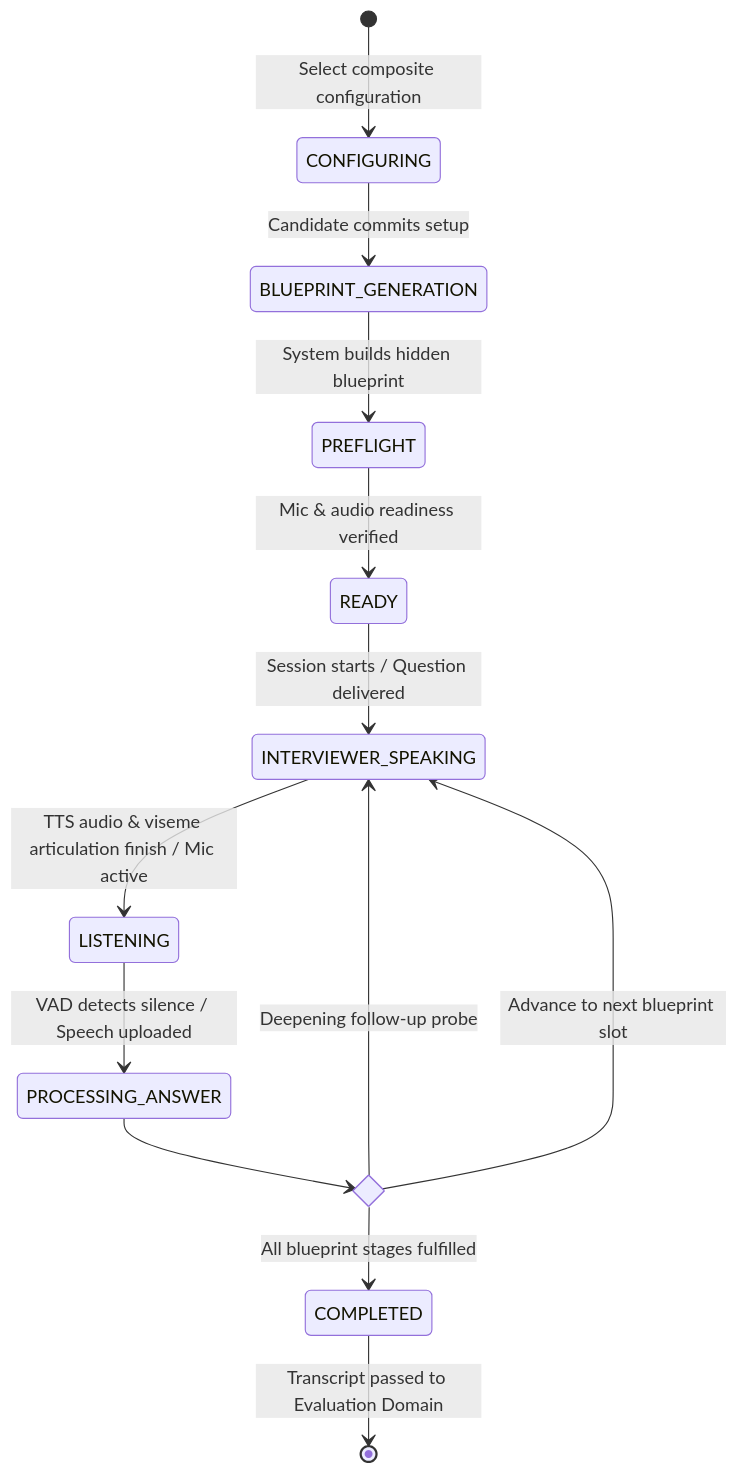
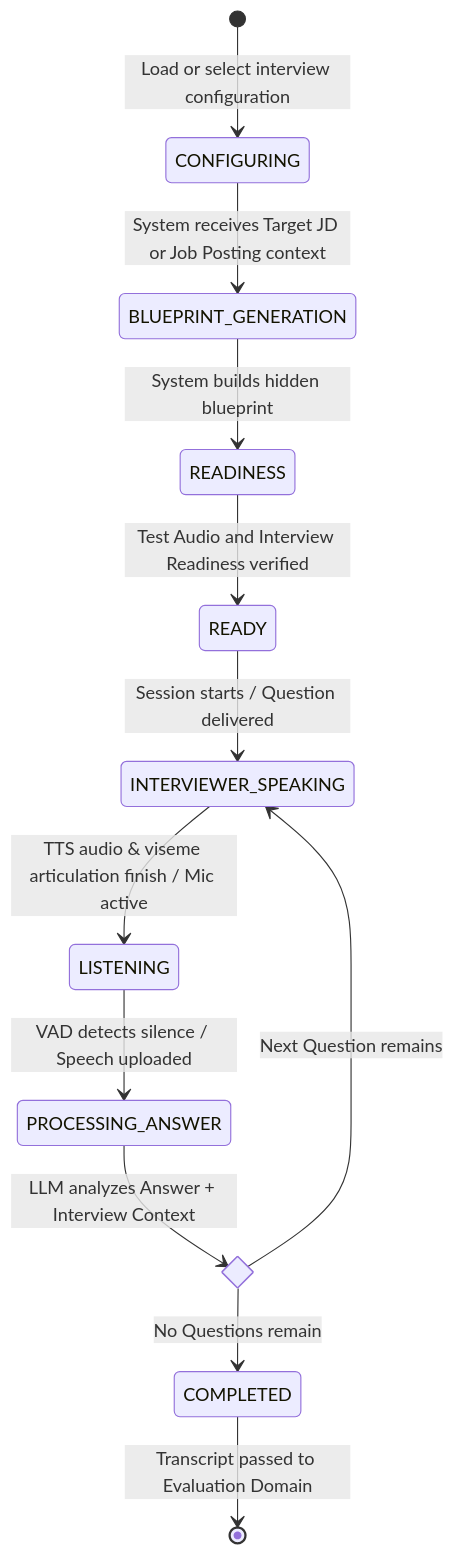
One commit to swp391-group3/ai-interview-practice-brain changed the diagram in 01_Domains/Interview/README.md. Above: the diagram before and after it, drawn with Mermaid. The commit also changed other lines of this file and 15 other files, not shown here.

Commit message:
docs(brain): sync reviewed RoleCue domain flows

````diff
--- a/01_Domains/Interview/README.md
+++ b/01_Domains/Interview/README.md
@@ -59,19 +59,18 @@
 ```mermaid
 stateDiagram-v2
-    [*] --> CONFIGURING: Select composite configuration
-    CONFIGURING --> BLUEPRINT_GENERATION: Candidate commits setup
-    BLUEPRINT_GENERATION --> PREFLIGHT: System builds hidden blueprint
-    PREFLIGHT --> READY: Mic & audio readiness verified
+    [*] --> CONFIGURING: Load or select interview configuration
+    CONFIGURING --> BLUEPRINT_GENERATION: System receives Target JD or Job Posting context
+    BLUEPRINT_GENERATION --> READINESS: System builds hidden blueprint
+    READINESS --> READY: Test Audio and Interview Readiness verified
     
     READY --> INTERVIEWER_SPEAKING: Session starts / Question delivered
     INTERVIEWER_SPEAKING --> LISTENING: TTS audio & viseme articulation finish / Mic active
     LISTENING --> PROCESSING_ANSWER: VAD detects silence / Speech uploaded
     
-    state AdaptiveProbing <<choice>>
-    PROCESSING_ANSWER --> AdaptiveProbing
-    AdaptiveProbing --> INTERVIEWER_SPEAKING: Deepening follow-up probe
-    AdaptiveProbing --> INTERVIEWER_SPEAKING: Advance to next blueprint slot
-    AdaptiveProbing --> COMPLETED: All blueprint stages fulfilled
+    state NextQuestionDecision <<choice>>
+    PROCESSING_ANSWER --> NextQuestionDecision: LLM analyzes Answer + Interview Context
+    NextQuestionDecision --> INTERVIEWER_SPEAKING: Next Question remains
+    NextQuestionDecision --> COMPLETED: No Questions remain
     
     COMPLETED --> [*]: Transcript passed to Evaluation Domain
 ```
````
